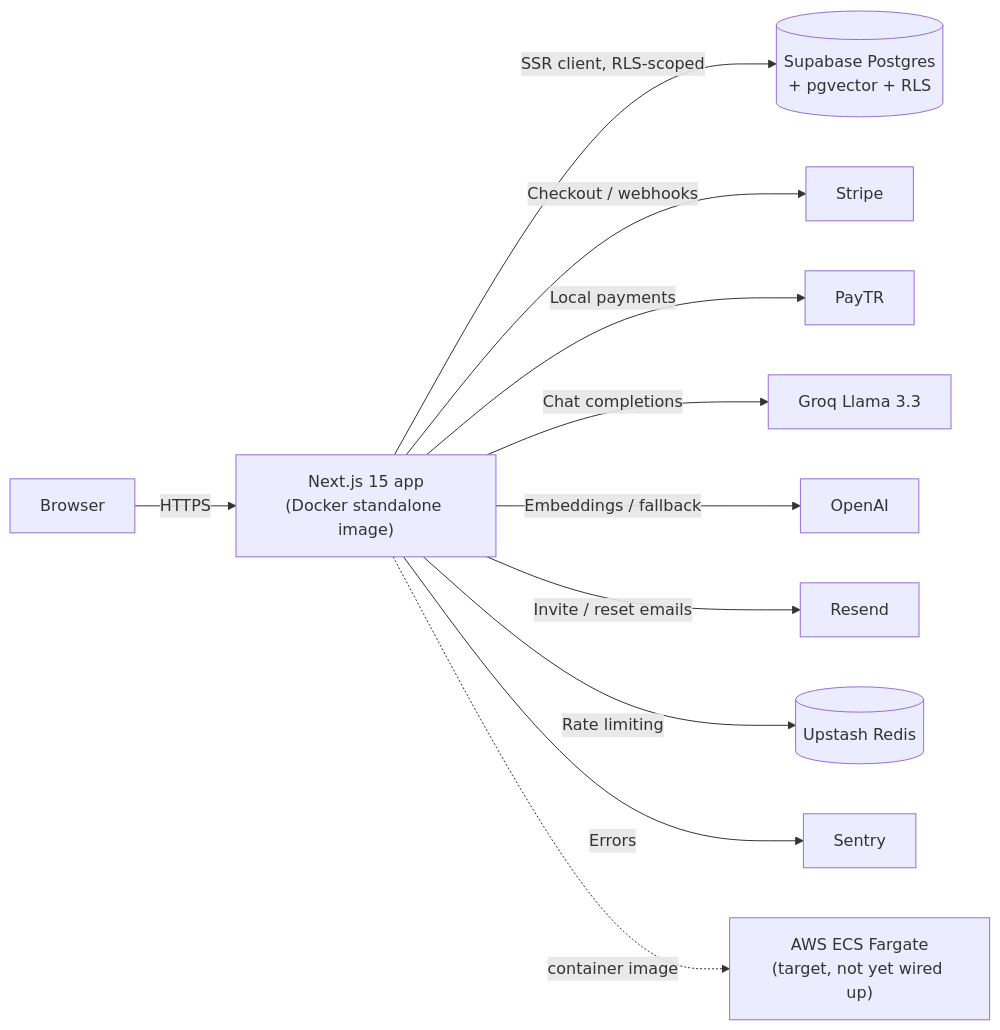
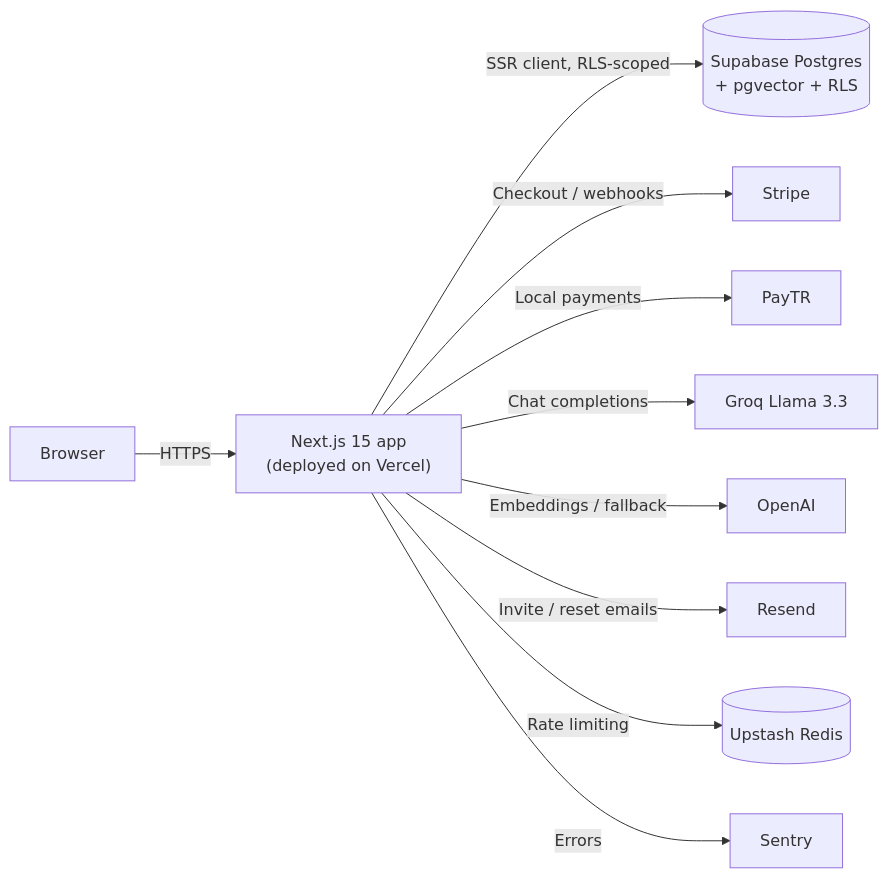
One commit to Behdarvandan/enterprise-saas-starter changed the diagram in README.md. Above: the diagram before and after it, drawn with Mermaid. The commit also changed other lines of this file, not shown here.

First line of the commit message:
docs(readme): update live demo link and deployment docs for Vercel migration

````diff
--- a/README.md
+++ b/README.md
@@ -86,13 +86,12 @@
 ```mermaid
 flowchart LR
-    Browser -->|HTTPS| App["Next.js 15 app<br/>(Docker standalone image)"]
+    Browser -->|HTTPS| App["Next.js 15 app<br/>(deployed on Vercel)"]
     App -->|SSR client, RLS-scoped| DB[("Supabase Postgres<br/>+ pgvector + RLS")]
     App -->|Checkout / webhooks| Stripe[Stripe]
     App -->|Local payments| PayTR[PayTR]
     App -->|Chat completions| Groq[Groq Llama 3.3]
     App -->|Embeddings / fallback| OpenAI[OpenAI]
     App -->|Invite / reset emails| Resend[Resend]
     App -->|Rate limiting| Redis[("Upstash Redis")]
     App -->|Errors| Sentry[Sentry]
-    App -.container image.-> ECS["AWS ECS Fargate<br/>(target, not yet wired up)"]
 ```
````
